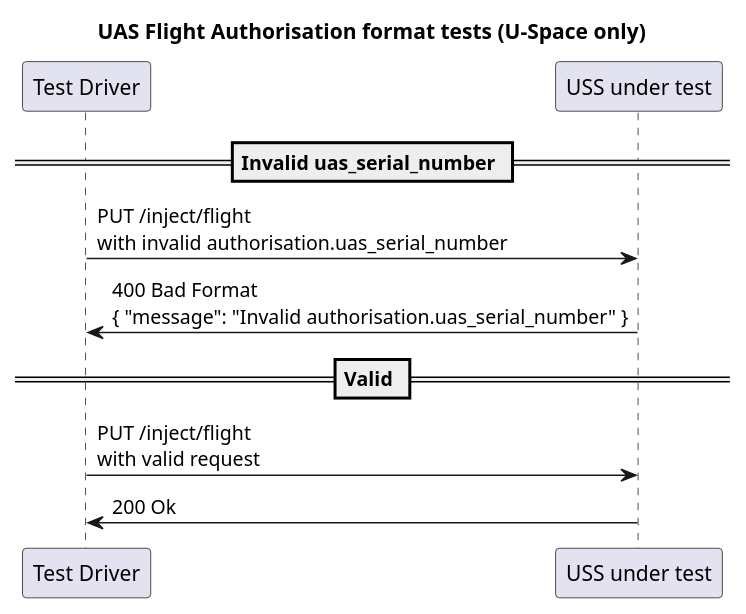
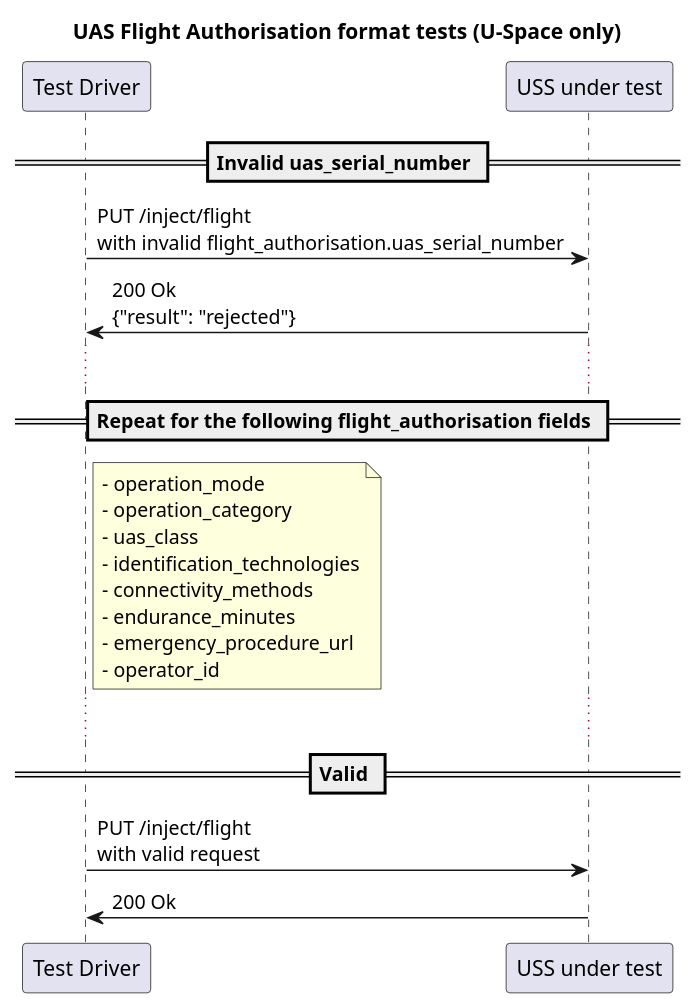
One commit to interuss/dss changed the diagram in interfaces/automated-testing/scd/design/format/uas_flight_authorization.plantuml. Above: the diagram before and after it, drawn with PlantUML. The commit also changed 1 other file, not shown here.

```diff
--- a/interfaces/automated-testing/scd/design/format/uas_flight_authorization.plantuml
+++ b/interfaces/automated-testing/scd/design/format/uas_flight_authorization.plantuml
@@ -1,14 +1,30 @@
 @startuml
 title UAS Flight Authorisation format tests (U-Space only)
 
 participant "Test Driver" as TD
 participant "USS under test" as USS
 
 == Invalid uas_serial_number ==
-TD -> USS: PUT /inject/flight\nwith invalid authorisation.uas_serial_number
-TD <- USS: 400 Bad Format\n{ "message": "Invalid authorisation.uas_serial_number" }
+TD -> USS: PUT /inject/flight\nwith invalid flight_authorisation.uas_serial_number
+TD <- USS: 200 Ok\n{"result": "rejected"}
+
+...
+
+== Repeat for the following flight_authorisation fields ==
+note right of TD
+- operation_mode
+- operation_category
+- uas_class
+- identification_technologies
+- connectivity_methods
+- endurance_minutes
+- emergency_procedure_url
+- operator_id
+end note
+
+...
 
 == Valid ==
 TD -> USS: PUT /inject/flight\nwith valid request
 TD <- USS: 200 Ok
 @enduml
```
